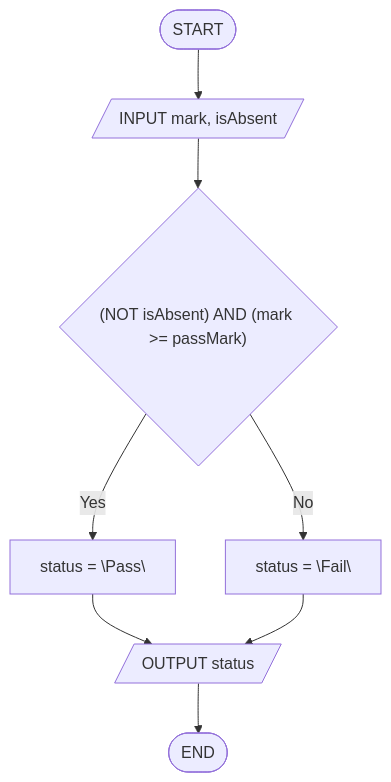
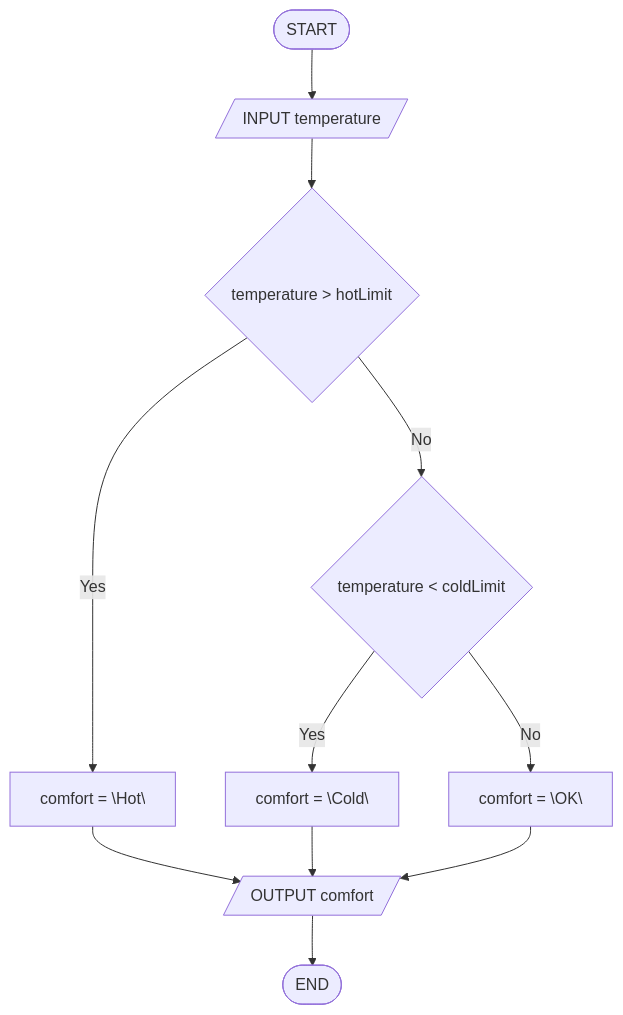
One commit to ISIBrussels/methodo-algo changed the fourth of 5 diagrams in docs/seances/02/exercices_seance_02.md. Above: the diagram before and after it, drawn with Mermaid. The commit also changed other lines of this file and 1 other file, not shown here.

````diff
--- a/docs/seances/02/exercices_seance_02.md
+++ b/docs/seances/02/exercices_seance_02.md
@@ -226,10 +251,13 @@
 ```mermaid
 flowchart TB
-  A([START]) --> B[/INPUT mark, isAbsent/]
-  B --> C{"(NOT isAbsent) AND (mark >= passMark)"}
-  C -->|Yes| D["status = \"Pass\""]
-  C -->|No| E["status = \"Fail\""]
-  D --> F[/OUTPUT status/]
-  E --> F
-  F --> G([END])
+  A([START]) --> B[/INPUT temperature/]
+  B --> C{temperature > hotLimit}
+  C -->|Yes| D["comfort = \"Hot\""]
+  C -->|No| E{temperature < coldLimit}
+  E -->|Yes| F["comfort = \"Cold\""]
+  E -->|No| G["comfort = \"OK\""]
+  D --> H[/OUTPUT comfort/]
+  F --> H
+  G --> H
+  H --> I([END])
 ```
````
